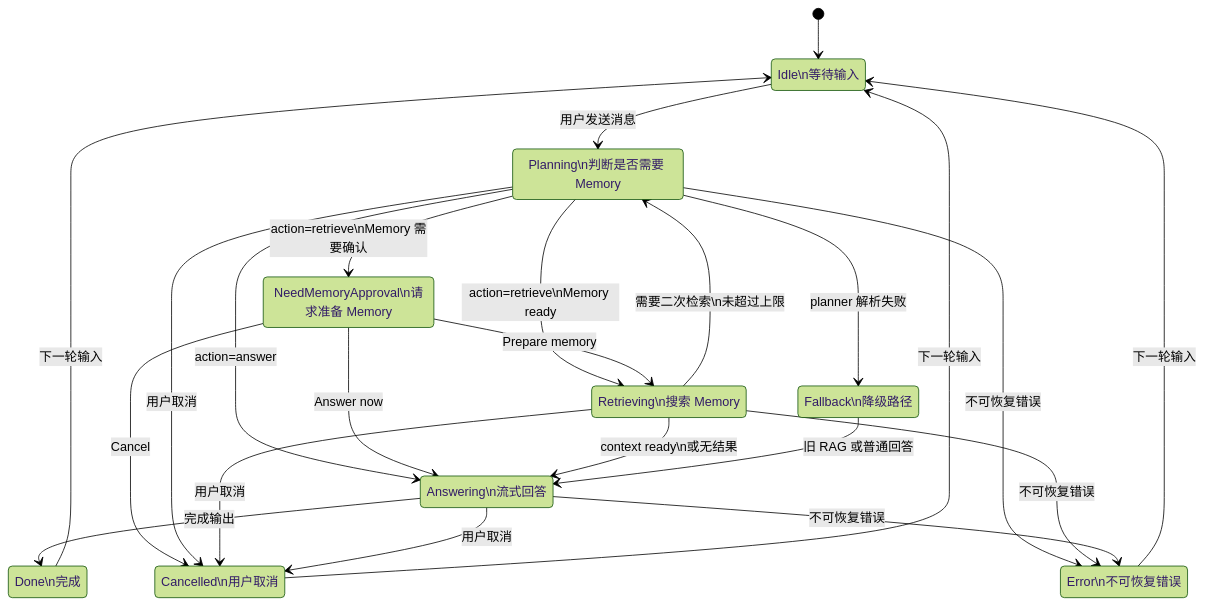
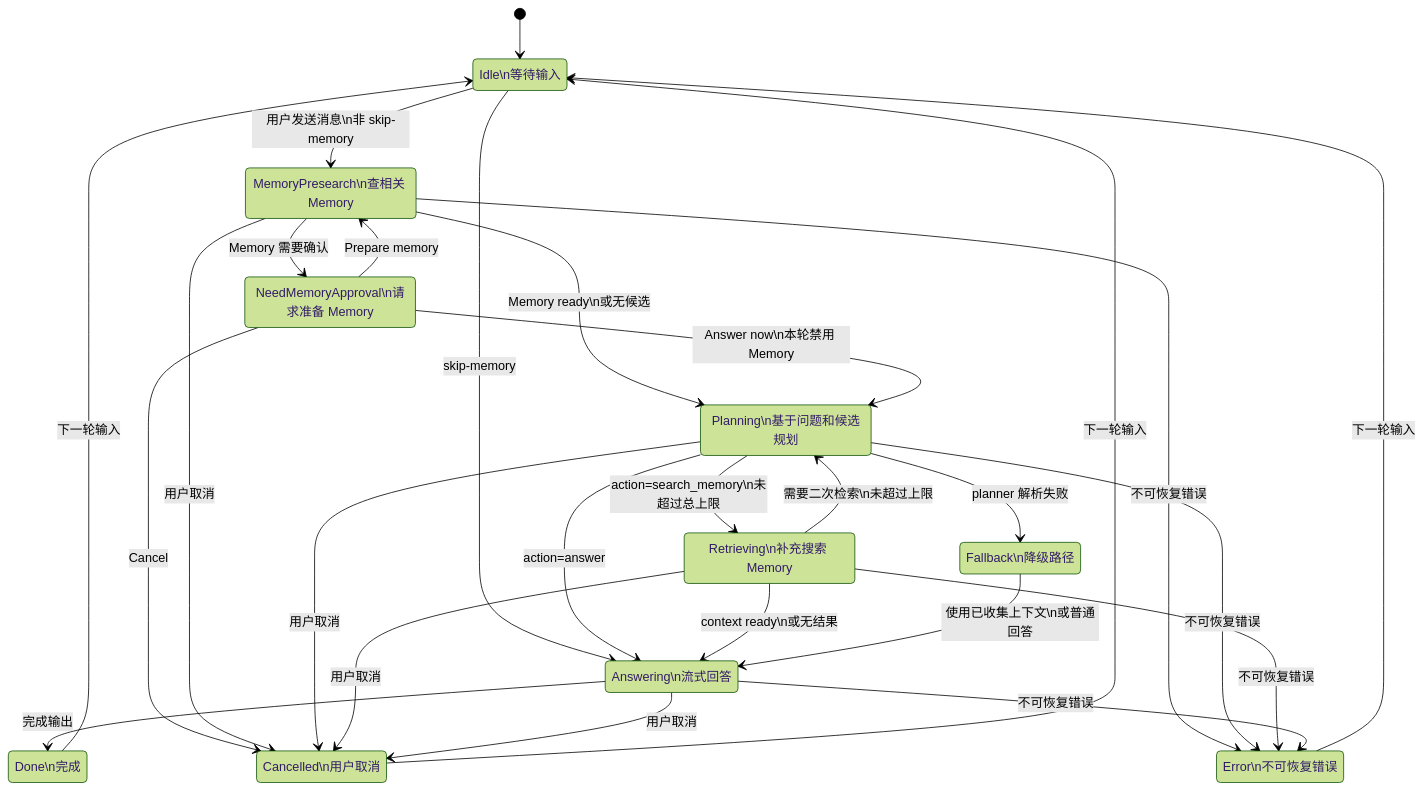
One commit to edonyzpc/personal-assistant changed the first of 5 diagrams in docs/chat-agent-architecture.md. Above: the diagram before and after it, drawn with Mermaid (forest theme). The commit also changed other lines of this file and 3 other files, not shown here.

````diff
--- a/docs/chat-agent-architecture.md
+++ b/docs/chat-agent-architecture.md
@@ -54,42 +54,47 @@
 ```mermaid
 stateDiagram-v2
   [*] --> Idle
 
   state "Idle\n等待输入" as Idle
-  state "Planning\n判断是否需要 Memory" as Planning
+  state "MemoryPresearch\n查相关 Memory" as MemoryPresearch
+  state "Planning\n基于问题和候选规划" as Planning
   state "NeedMemoryApproval\n请求准备 Memory" as NeedMemoryApproval
-  state "Retrieving\n搜索 Memory" as Retrieving
+  state "Retrieving\n补充搜索 Memory" as Retrieving
   state "Answering\n流式回答" as Answering
   state "Done\n完成" as Done
   state "Fallback\n降级路径" as Fallback
   state "Cancelled\n用户取消" as Cancelled
   state "Error\n不可恢复错误" as Error
 
-  Idle --> Planning: 用户发送消息
+  Idle --> MemoryPresearch: 用户发送消息\n非 skip-memory
+  Idle --> Answering: skip-memory
+  MemoryPresearch --> NeedMemoryApproval: Memory 需要确认
+  MemoryPresearch --> Planning: Memory ready\n或无候选
+  NeedMemoryApproval --> MemoryPresearch: Prepare memory
+  NeedMemoryApproval --> Planning: Answer now\n本轮禁用 Memory
+  NeedMemoryApproval --> Cancelled: Cancel
+
   Planning --> Answering: action=answer
-  Planning --> NeedMemoryApproval: action=retrieve\nMemory 需要确认
-  Planning --> Retrieving: action=retrieve\nMemory ready
+  Planning --> Retrieving: action=search_memory\n未超过总上限
   Planning --> Fallback: planner 解析失败
-
-  NeedMemoryApproval --> Retrieving: Prepare memory
-  NeedMemoryApproval --> Answering: Answer now
-  NeedMemoryApproval --> Cancelled: Cancel
 
   Retrieving --> Planning: 需要二次检索\n未超过上限
   Retrieving --> Answering: context ready\n或无结果
 
-  Fallback --> Answering: 旧 RAG 或普通回答
+  Fallback --> Answering: 使用已收集上下文\n或普通回答
   Answering --> Done: 完成输出
 
+  MemoryPresearch --> Cancelled: 用户取消
   Planning --> Cancelled: 用户取消
   Retrieving --> Cancelled: 用户取消
   Answering --> Cancelled: 用户取消
 
+  MemoryPresearch --> Error: 不可恢复错误
   Planning --> Error: 不可恢复错误
   Retrieving --> Error: 不可恢复错误
   Answering --> Error: 不可恢复错误
 
   Done --> Idle: 下一轮输入
   Cancelled --> Idle: 下一轮输入
   Error --> Idle: 下一轮输入
 ```
````
